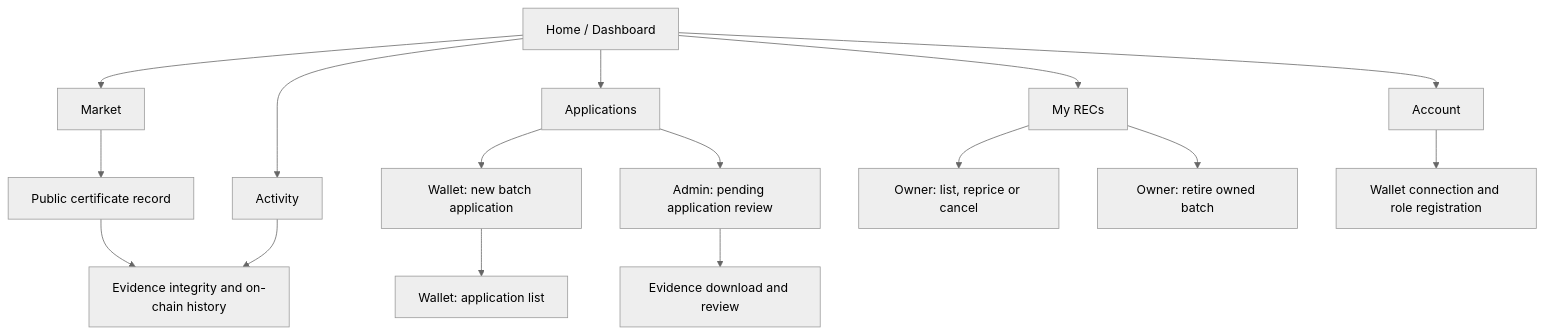
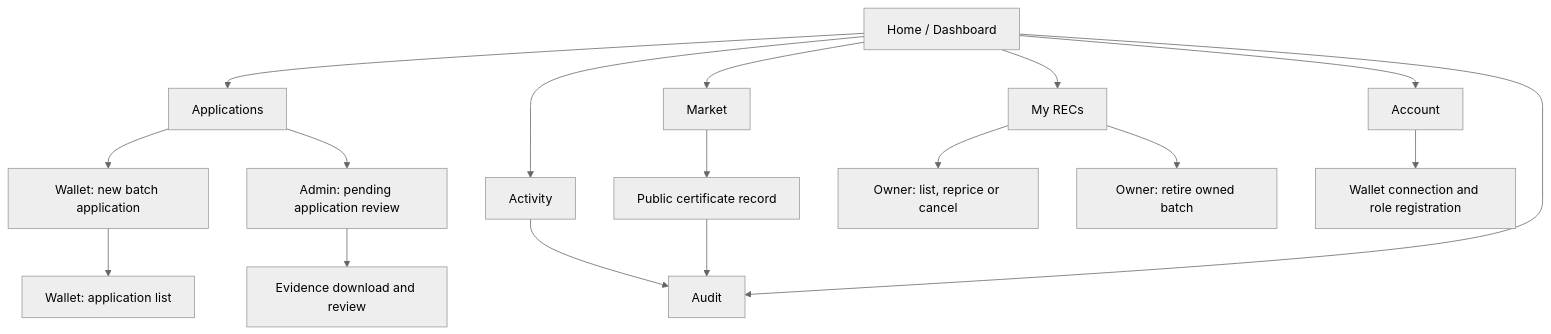
One commit to chuansao258-888/Greencert changed the first of 2 diagrams in docs/development/06-ui.md. Above: the diagram before and after it, drawn with Mermaid (neutral theme). The commit also changed other lines of this file and 18 other files, not shown here.

````diff
--- a/docs/development/06-ui.md
+++ b/docs/development/06-ui.md
@@ -19,20 +20,21 @@
 ```mermaid
 flowchart TB
     Home[Home / Dashboard] --> Market[Market]
     Home --> Applications[Applications]
     Home --> Certificates[My RECs]
+    Home --> Audit[Audit]
     Home --> Activity[Activity]
     Home --> Account[Account]
 
     Market --> PublicRecord[Public certificate record]
     Applications --> ProducerForm[Wallet: new batch application]
     Applications --> AdminReview[Admin: pending application review]
     ProducerForm --> ProducerApplications[Wallet: application list]
     AdminReview --> Evidence[Evidence download and review]
     Certificates --> Listing[Owner: list, reprice or cancel]
     Certificates --> Retirement[Owner: retire owned batch]
     Account --> Wallet[Wallet connection and role registration]
 
-    PublicRecord --> Audit[Evidence integrity and on-chain history]
+    PublicRecord --> Audit
     Activity --> Audit
 ```
````
